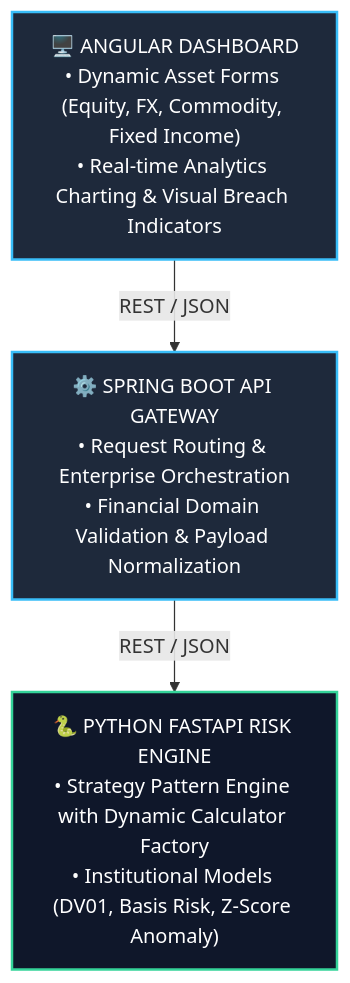
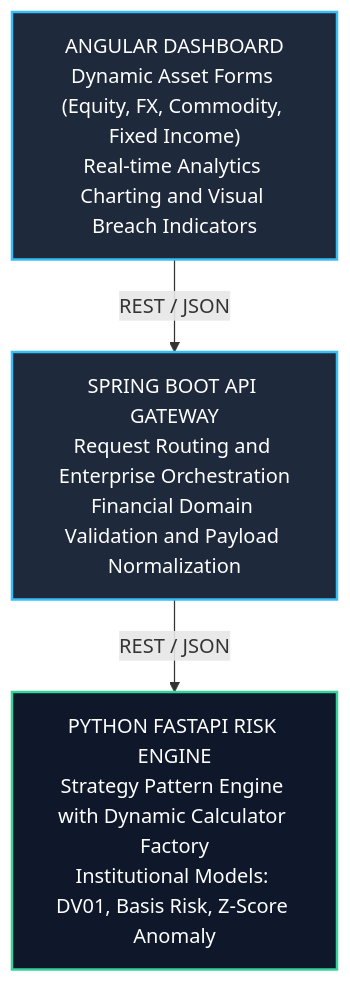
Before and after one commit to ramkiran25/trade-processor: the first of 3 diagrams in README.md, drawn with Mermaid. The commit also changed other lines of this file, not shown here.

````diff
--- a/README.md
+++ b/README.md
@@ -83,15 +83,15 @@
 ```mermaid
 flowchart TD
-    UI["🖥️ ANGULAR DASHBOARD<br/>• Dynamic Asset Forms (Equity, FX, Commodity, Fixed Income)<br/>• Real-time Analytics Charting & Visual Breach Indicators"]
+    UI["ANGULAR DASHBOARD<br/>Dynamic Asset Forms (Equity, FX, Commodity, Fixed Income)<br/>Real-time Analytics Charting and Visual Breach Indicators"]
 
-    GATEWAY["⚙️ SPRING BOOT API GATEWAY<br/>• Request Routing & Enterprise Orchestration<br/>• Financial Domain Validation & Payload Normalization"]
+    GATEWAY["SPRING BOOT API GATEWAY<br/>Request Routing and Enterprise Orchestration<br/>Financial Domain Validation and Payload Normalization"]
 
-    ENGINE["🐍 PYTHON FASTAPI RISK ENGINE<br/>• Strategy Pattern Engine with Dynamic Calculator Factory<br/>• Institutional Models (DV01, Basis Risk, Z-Score Anomaly)"]
+    ENGINE["PYTHON FASTAPI RISK ENGINE<br/>Strategy Pattern Engine with Dynamic Calculator Factory<br/>Institutional Models: DV01, Basis Risk, Z-Score Anomaly"]
 
     UI -->|"REST / JSON"| GATEWAY
     GATEWAY -->|"REST / JSON"| ENGINE
 
-    classDef default fill:#1e293b,stroke:#38bdf8,stroke-width:2px,color:#fff;
-    classDef engine fill:#0f172a,stroke:#34d399,stroke-width:2px,color:#fff;
-    class ENGINE engine;
+    classDef default fill:#1e293b,stroke:#38bdf8,stroke-width:2px,color:#fff
+    classDef engine fill:#0f172a,stroke:#34d399,stroke-width:2px,color:#fff
+    class ENGINE engine
 ```
````
